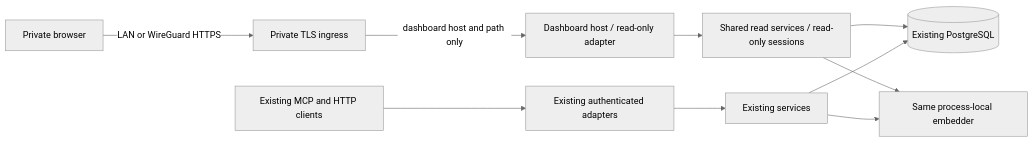
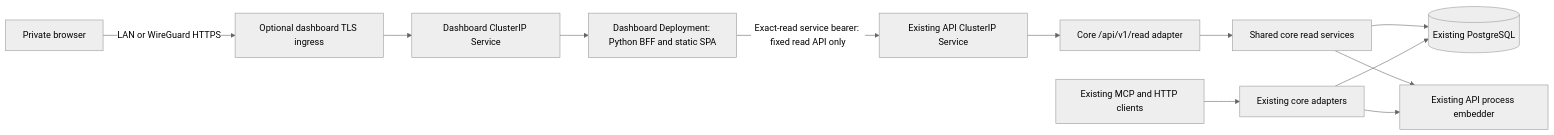
One commit to kimonus/knowledge-vault-mcp changed the diagram in docs/design/web-ui/deployment-security.md. Above: the diagram before and after it, drawn with Mermaid (neutral theme). The commit also changed other lines of this file and 6 other files, not shown here.

Commit message:
docs: isolate dashboard deployment and resolve architecture review

````diff
--- a/docs/design/web-ui/deployment-security.md
+++ b/docs/design/web-ui/deployment-security.md
@@ -9,12 +10,14 @@
 ```mermaid
 flowchart LR
-    B[Private browser] -->|LAN or WireGuard HTTPS| I[Private TLS ingress]
-    I -->|dashboard host and path only| D[Dashboard host / read-only adapter]
-    D --> R[Shared read services / read-only sessions]
-    R --> P[(Existing PostgreSQL)]
-    C[Existing MCP and HTTP clients] --> A[Existing authenticated adapters]
-    A --> S[Existing services]
-    S --> P
-    R --> E[Same process-local embedder]
-    S --> E
+    B[Private browser] -->|LAN or WireGuard HTTPS| I[Optional dashboard TLS ingress]
+    I --> DS[Dashboard ClusterIP Service]
+    DS --> D[Dashboard Deployment: Python BFF and static SPA]
+    D -->|Exact-read service bearer: fixed read API only| AS[Existing API ClusterIP Service]
+    AS --> R[Core /api/v1/read adapter]
+    R --> S[Shared core read services]
+    S --> P[(Existing PostgreSQL)]
+    S --> E[Existing API process embedder]
+    C[Existing MCP and HTTP clients] --> A[Existing core adapters]
+    A --> P
+    A --> E
 ```
````
